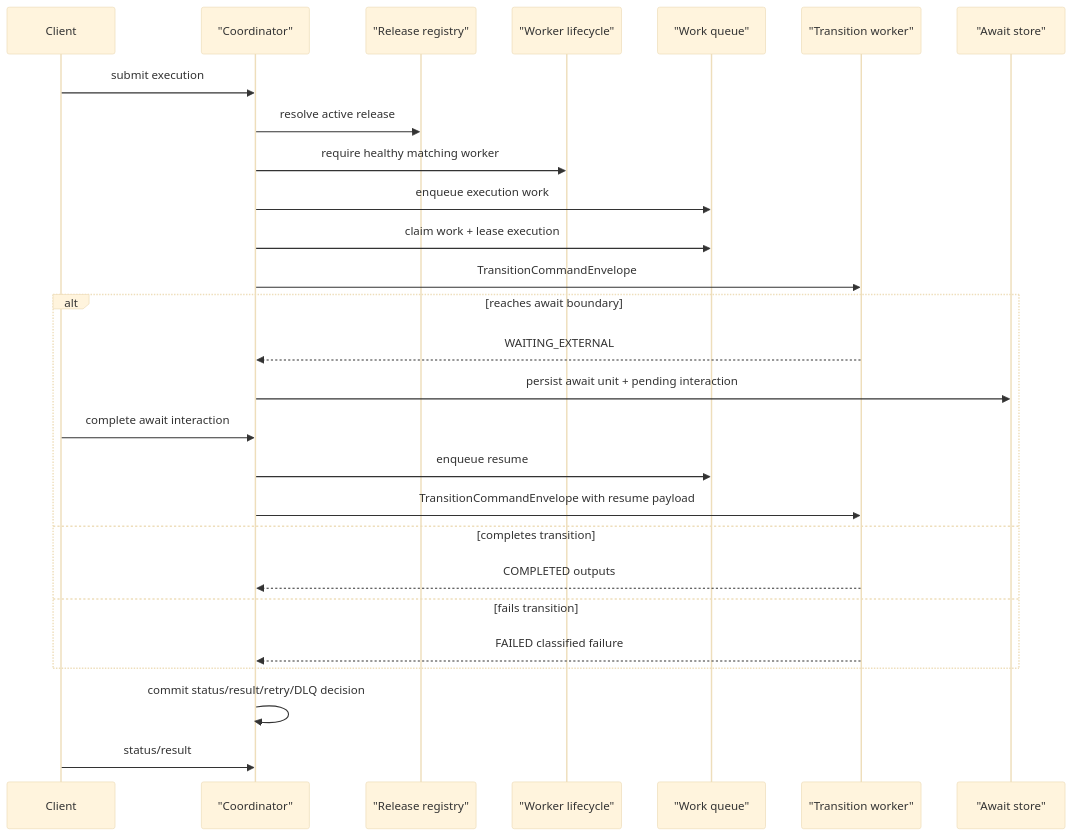
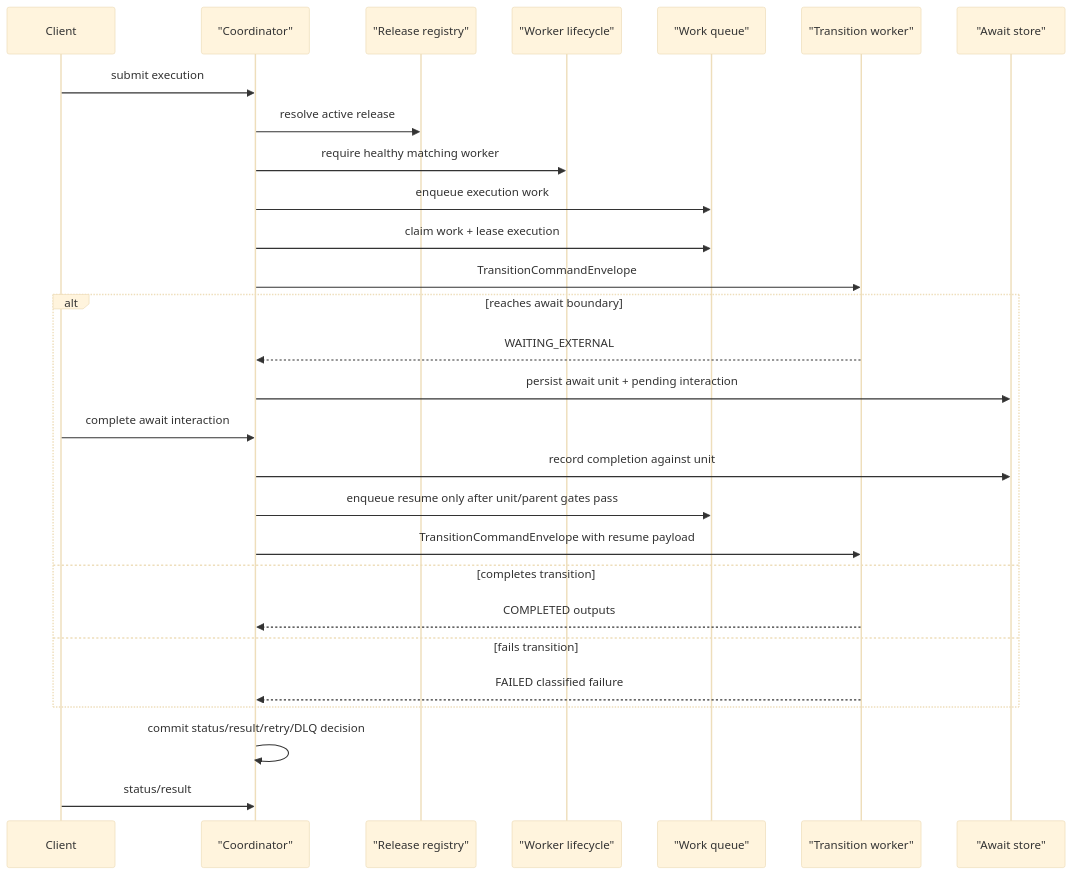
The sixth of 6 diagrams in docs/evolve/durable-coordinator/coordinator-worker-topology.md (The-Pipeline-Framework/pipelineframework), drawn with Mermaid (base theme) before and after one commit. The commit also changed 14 other files, not shown here.

Commit message:
Clarify queue-async await and object I/O docs

````diff
--- a/docs/evolve/durable-coordinator/coordinator-worker-topology.md
+++ b/docs/evolve/durable-coordinator/coordinator-worker-topology.md
@@ -148,30 +148,31 @@
 ```mermaid
 sequenceDiagram
     participant Client
     participant Coord as "Coordinator"
     participant Releases as "Release registry"
     participant Workers as "Worker lifecycle"
     participant Queue as "Work queue"
     participant Worker as "Transition worker"
     participant Await as "Await store"
 
     Client->>Coord: submit execution
     Coord->>Releases: resolve active release
     Coord->>Workers: require healthy matching worker
     Coord->>Queue: enqueue execution work
     Coord->>Queue: claim work + lease execution
     Coord->>Worker: TransitionCommandEnvelope
     alt reaches await boundary
         Worker-->>Coord: WAITING_EXTERNAL
         Coord->>Await: persist await unit + pending interaction
         Client->>Coord: complete await interaction
-        Coord->>Queue: enqueue resume
+        Coord->>Await: record completion against unit
+        Coord->>Queue: enqueue resume only after unit/parent gates pass
         Coord->>Worker: TransitionCommandEnvelope with resume payload
     else completes transition
         Worker-->>Coord: COMPLETED outputs
     else fails transition
         Worker-->>Coord: FAILED classified failure
     end
     Coord->>Coord: commit status/result/retry/DLQ decision
     Client->>Coord: status/result
 ```
````
